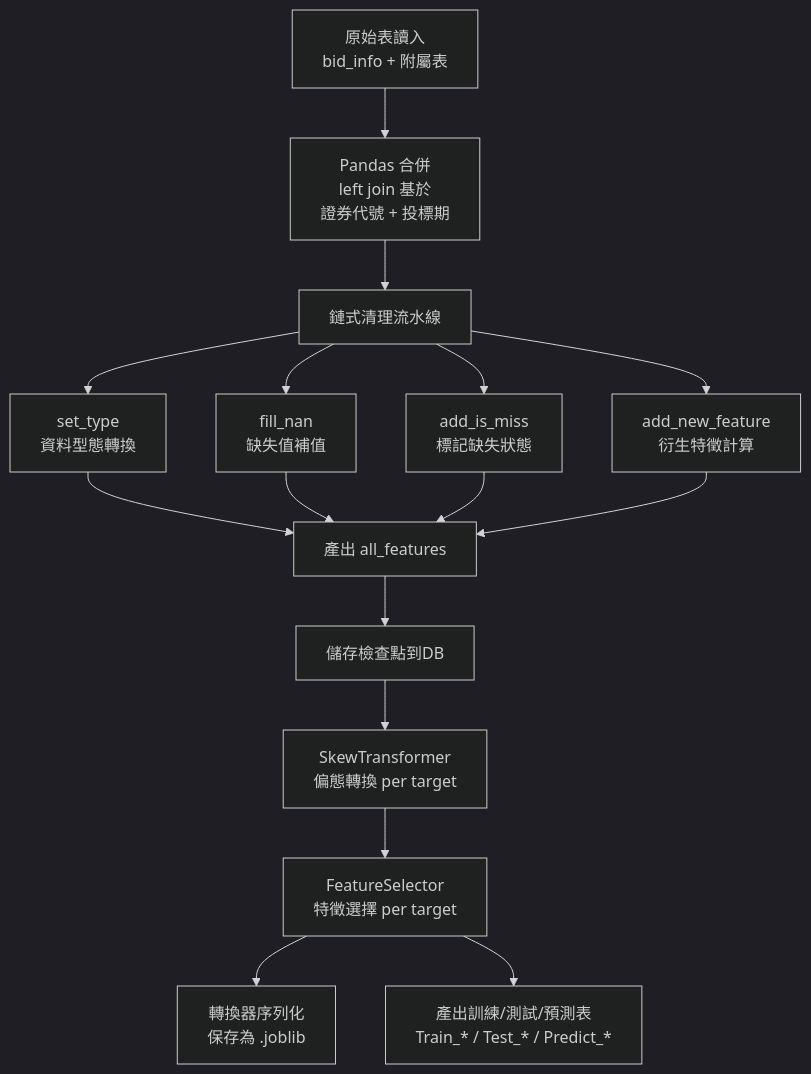
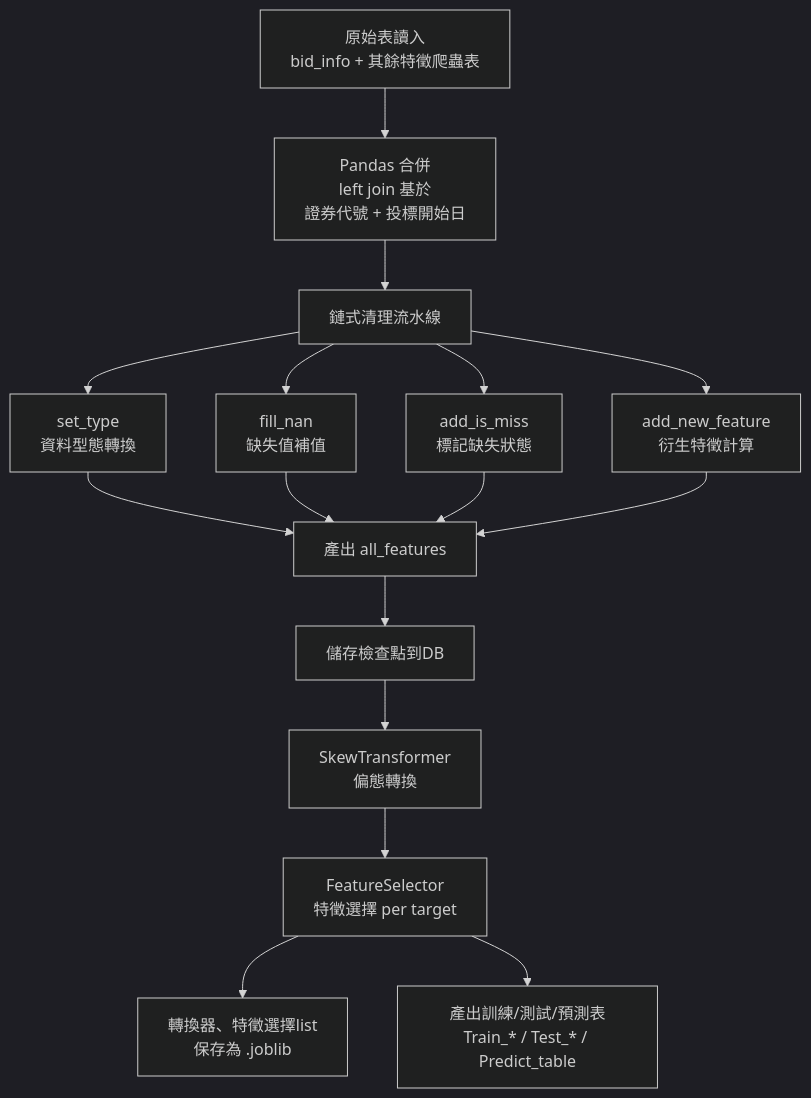
One commit to aeoner000/Smart-Bid-Evaluator_TWstock changed the third of 6 diagrams in README.md. Above: the diagram before and after it, drawn with Mermaid (dark theme). The commit also changed other lines of this file and 3 other files, not shown here.

Commit message:
修正streamlit誤差圖顯示

````diff
--- a/README.md
+++ b/README.md
@@ -61,22 +70,22 @@
 ```mermaid
 graph TD
-    A["原始表讀入<br/>bid_info + 附屬表"] --> B["Pandas 合併<br/>left join 基於<br/>證券代號 + 投標期"]
+    A["原始表讀入<br/>bid_info + 其餘特徵爬蟲表"] --> B["Pandas 合併<br/>left join 基於<br/>證券代號 + 投標開始日"]
     B --> C["鏈式清理流水線"]
-    
+
     C --> C1["set_type<br/>資料型態轉換"]
     C --> C2["fill_nan<br/>缺失值補值"]
     C --> C3["add_is_miss<br/>標記缺失狀態"]
     C --> C4["add_new_feature<br/>衍生特徵計算"]
-    
+
     C1 --> D["產出 all_features"]
     C2 --> D
     C3 --> D
     C4 --> D
-    
+
     D --> E["儲存檢查點到DB"]
-    E --> F["SkewTransformer<br/>偏態轉換 per target"]
+    E --> F["SkewTransformer<br/>偏態轉換"]
     F --> G["FeatureSelector<br/>特徵選擇 per target"]
-    
-    G --> H["轉換器序列化<br/>保存為 .joblib"]
-    G --> I["產出訓練/測試/預測表<br/>Train_* / Test_* / Predict_*"]
+
+    G --> H["轉換器、特徵選擇list<br/>保存為 .joblib"]
+    G --> I["產出訓練/測試/預測表<br/>Train_* / Test_* / Predict_table"]
 ```
````
